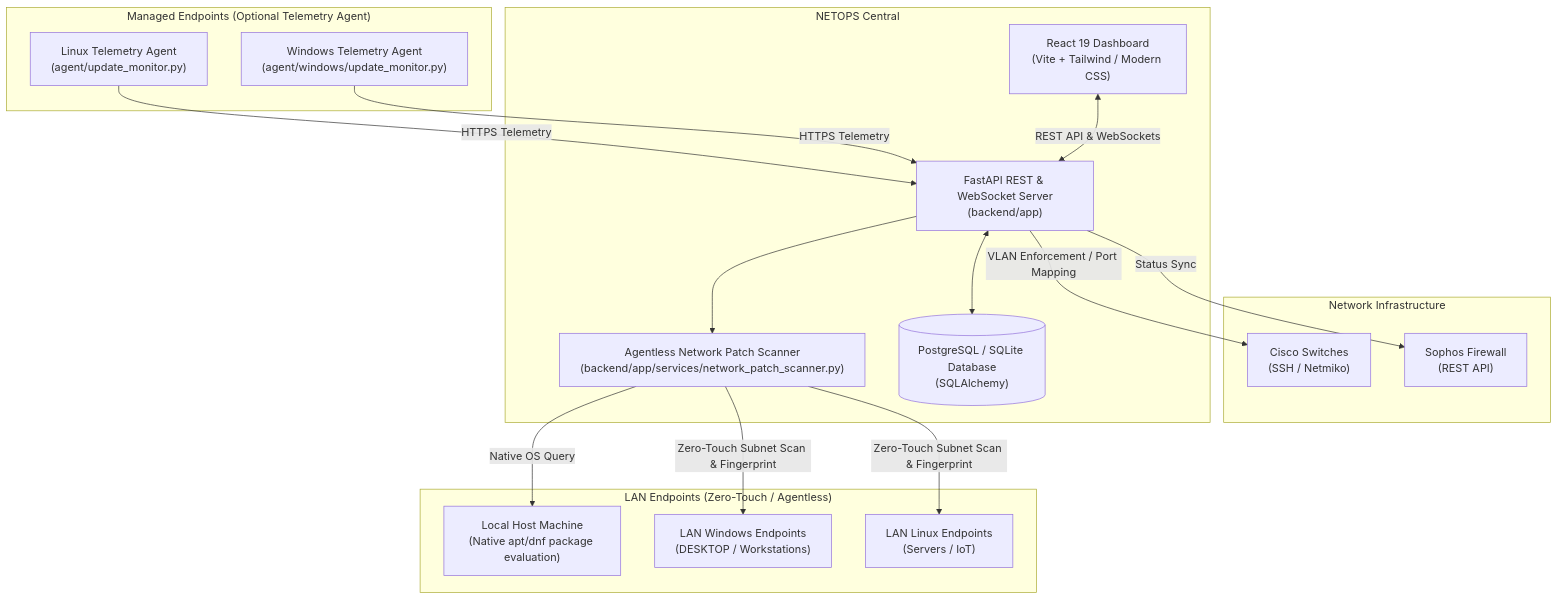
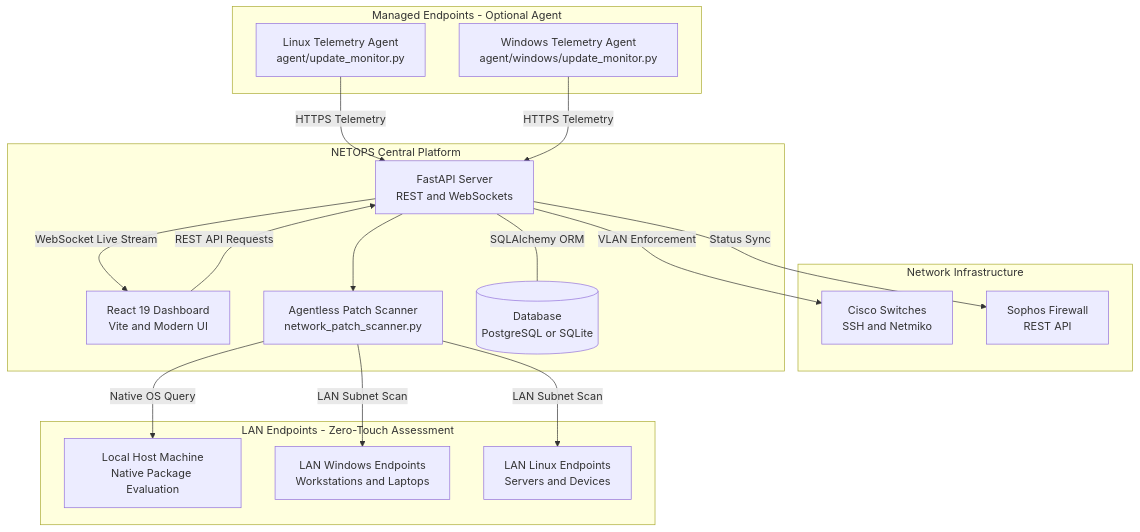
The diagram in README.md (mwangirogers04-cloud/NETOPS), drawn with Mermaid before and after one commit.

Commit message:
fix(docs): fix Mermaid diagram syntax for GitHub renderer compatibility

````diff
--- a/README.md
+++ b/README.md
@@ -48,36 +48,37 @@
 ```mermaid
-graph TD
-    subgraph "LAN Endpoints (Zero-Touch / Agentless)"
-        LocalHost["Local Host Machine\n(Native apt/dnf package evaluation)"]
-        WinHost["LAN Windows Endpoints\n(DESKTOP / Workstations)"]
-        LinuxRemote["LAN Linux Endpoints\n(Servers / IoT)"]
+flowchart TD
+    subgraph LAN_Endpoints ["LAN Endpoints - Zero-Touch Assessment"]
+        LocalHost["Local Host Machine<br/>Native Package Evaluation"]
+        WinHost["LAN Windows Endpoints<br/>Workstations and Laptops"]
+        LinuxRemote["LAN Linux Endpoints<br/>Servers and Devices"]
     end
 
-    subgraph "Managed Endpoints (Optional Telemetry Agent)"
-        LinuxAgent["Linux Telemetry Agent\n(agent/update_monitor.py)"]
-        WinAgent["Windows Telemetry Agent\n(agent/windows/update_monitor.py)"]
+    subgraph Managed_Endpoints ["Managed Endpoints - Optional Agent"]
+        LinuxAgent["Linux Telemetry Agent<br/>agent/update_monitor.py"]
+        WinAgent["Windows Telemetry Agent<br/>agent/windows/update_monitor.py"]
     end
 
-    subgraph "Network Infrastructure"
-        Switch["Cisco Switches\n(SSH / Netmiko)"]
-        Firewall["Sophos Firewall\n(REST API)"]
+    subgraph Network_Infrastructure ["Network Infrastructure"]
+        Switch["Cisco Switches<br/>SSH and Netmiko"]
+        Firewall["Sophos Firewall<br/>REST API"]
     end
 
-    subgraph "NETOPS Central"
-        Frontend["React 19 Dashboard\n(Vite + Tailwind / Modern CSS)"]
-        Backend["FastAPI REST & WebSocket Server\n(backend/app)"]
-        PatchScanner["Agentless Network Patch Scanner\n(backend/app/services/network_patch_scanner.py)"]
-        DB[("PostgreSQL / SQLite Database\n(SQLAlchemy)")]
+    subgraph NETOPS_Central ["NETOPS Central Platform"]
+        Frontend["React 19 Dashboard<br/>Vite and Modern UI"]
+        Backend["FastAPI Server<br/>REST and WebSockets"]
+        PatchScanner["Agentless Patch Scanner<br/>network_patch_scanner.py"]
+        DB[("Database<br/>PostgreSQL or SQLite")]
     end
 
     Backend --> PatchScanner
-    PatchScanner -->|Zero-Touch Subnet Scan & Fingerprint| WinHost
-    PatchScanner -->|Zero-Touch Subnet Scan & Fingerprint| LinuxRemote
-    PatchScanner -->|Native OS Query| LocalHost
-    LinuxAgent -->|HTTPS Telemetry| Backend
-    WinAgent -->|HTTPS Telemetry| Backend
-    Backend -->|VLAN Enforcement / Port Mapping| Switch
-    Backend -->|Status Sync| Firewall
-    Frontend <-->|REST API & WebSockets| Backend
-    Backend <--> DB
+    PatchScanner -->|"LAN Subnet Scan"| WinHost
+    PatchScanner -->|"LAN Subnet Scan"| LinuxRemote
+    PatchScanner -->|"Native OS Query"| LocalHost
+    LinuxAgent -->|"HTTPS Telemetry"| Backend
+    WinAgent -->|"HTTPS Telemetry"| Backend
+    Backend -->|"VLAN Enforcement"| Switch
+    Backend -->|"Status Sync"| Firewall
+    Frontend -->|"REST API Requests"| Backend
+    Backend -->|"WebSocket Live Stream"| Frontend
+    Backend ---|"SQLAlchemy ORM"| DB
 ```
````
